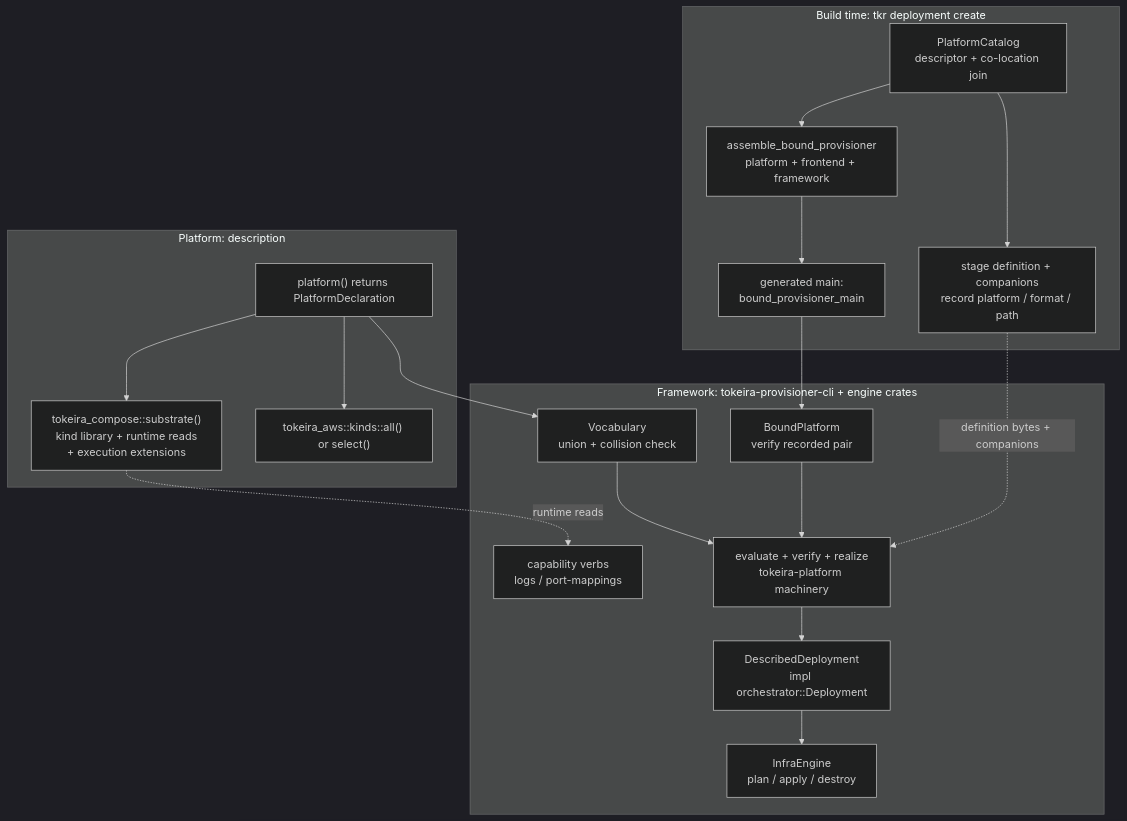
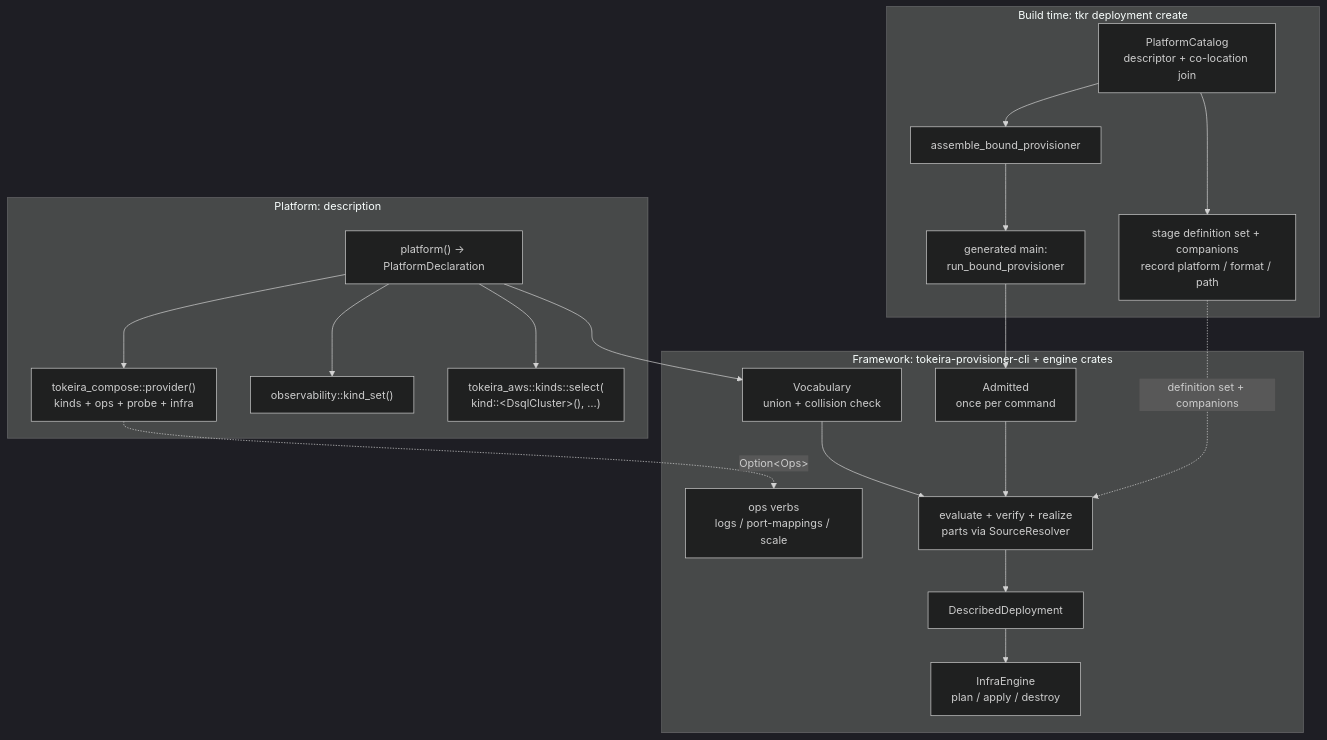
The diagram in .kiro/specs/compose-platform-refinement/design.md (tokeira/tokeira), drawn with Mermaid (dark theme) before and after one commit. The commit also changed other lines of this file and 59 other files, not shown here.

First line of the commit message:
feat(platform): unify platform deployment structure — description, one lifecycle, multi-document definitions

````diff
--- a/.kiro/specs/compose-platform-refinement/design.md
+++ b/.kiro/specs/compose-platform-refinement/design.md
@@ -57,31 +58,33 @@
 ```mermaid
 flowchart TD
     subgraph build["Build time: tkr deployment create"]
-        CAT["PlatformCatalog<br/>descriptor + co-location join"] --> ASM["assemble_bound_provisioner<br/>platform + frontend + framework"]
-        ASM --> MAIN["generated main:<br/>bound_provisioner_main"]
-        CAT --> STAGE["stage definition + companions<br/>record platform / format / path"]
+        CAT["PlatformCatalog<br/>descriptor + co-location join"] --> ASM["assemble_bound_provisioner"]
+        ASM --> MAIN["generated main:<br/>run_bound_provisioner"]
+        CAT --> STAGE["stage definition set + companions<br/>record platform / format / path"]
     end
     subgraph decl["Platform: description"]
-        ENTRY["platform() returns PlatformDeclaration"]
-        SUB["tokeira_compose::substrate()<br/>kind library + runtime reads<br/>+ execution extensions"]
-        AWS["tokeira_aws::kinds::all() or select()"]
-        ENTRY --> SUB
+        ENTRY["platform() -> PlatformDeclaration"]
+        PROV["tokeira_compose::provider()<br/>kinds + ops + probe + infra"]
+        OWN["observability::kind_set()"]
+        AWS["tokeira_aws::kinds::select(<br/>kind::&lt;DsqlCluster&gt;(), …)"]
+        ENTRY --> PROV
+        ENTRY --> OWN
         ENTRY --> AWS
     end
     subgraph fw["Framework: tokeira-provisioner-cli + engine crates"]
-        BIND["BoundPlatform<br/>verify recorded pair"]
+        ADMIT["Admitted<br/>once per command"]
         VOC["Vocabulary<br/>union + collision check"]
-        EVAL["evaluate + verify + realize<br/>tokeira-platform machinery"]
-        DEP["DescribedDeployment<br/>impl orchestrator::Deployment"]
+        EVAL["evaluate + verify + realize<br/>parts via SourceResolver"]
+        DEP["DescribedDeployment"]
         ENG["InfraEngine<br/>plan / apply / destroy"]
-        READS["capability verbs<br/>logs / port-mappings"]
+        OPS["ops verbs<br/>logs / port-mappings / scale"]
     end
-    MAIN --> BIND
+    MAIN --> ADMIT
     ENTRY --> VOC
-    BIND --> EVAL
+    ADMIT --> EVAL
     VOC --> EVAL
     EVAL --> DEP
     DEP --> ENG
-    SUB -.->|runtime reads| READS
-    STAGE -.->|definition bytes + companions| EVAL
+    PROV -.->|Option&lt;Ops&gt;| OPS
+    STAGE -.->|definition set + companions| EVAL
 ```
````
